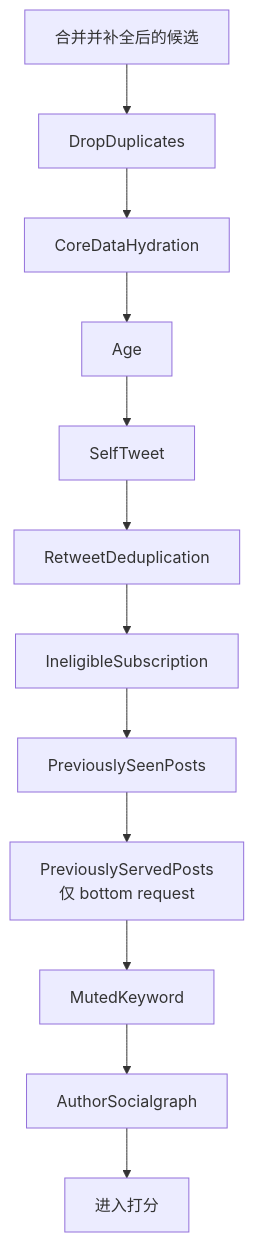
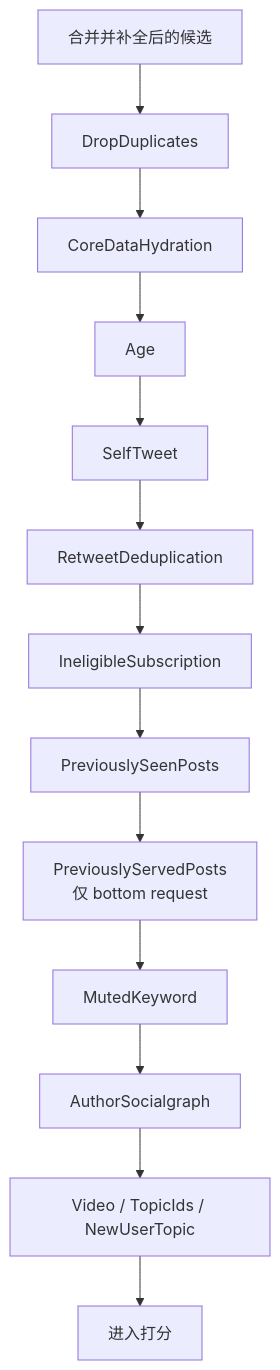
The second of 4 diagrams in docs/home-mixer/04-retrieval-filter-ranking.md (freefcw/x-algorithm), drawn with Mermaid before and after one commit. The commit also changed other lines of this file and 44 other files, not shown here.

````diff
--- a/docs/home-mixer/04-retrieval-filter-ranking.md
+++ b/docs/home-mixer/04-retrieval-filter-ranking.md
@@ -73,14 +80,15 @@
 ```mermaid
 flowchart TD
     A["合并并补全后的候选"] --> F1["DropDuplicates"]
     F1 --> F2["CoreDataHydration"]
     F2 --> F3["Age"]
     F3 --> F4["SelfTweet"]
     F4 --> F5["RetweetDeduplication"]
     F5 --> F6["IneligibleSubscription"]
     F6 --> F7["PreviouslySeenPosts"]
     F7 --> F8["PreviouslyServedPosts<br/>仅 bottom request"]
     F8 --> F9["MutedKeyword"]
     F9 --> F10["AuthorSocialgraph"]
-    F10 --> B["进入打分"]
+    F10 --> F11["Video / TopicIds / NewUserTopic"]
+    F11 --> B["进入打分"]
 ```
````
